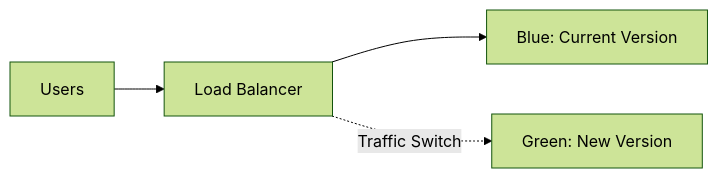
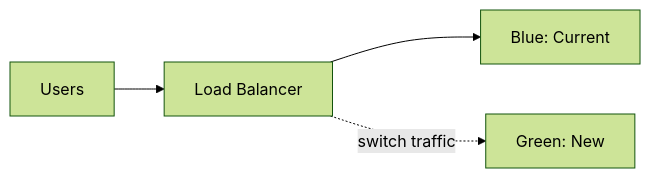
Before and after one commit to AvadhBhalodiya/Interview-Preparation: the sixth of 10 diagrams in src/content/devops/cicd-pipelines.md, drawn with Mermaid (forest theme). The commit also changed other lines of this file and 54 other files, not shown here.

````diff
--- a/src/content/devops/cicd-pipelines.md
+++ b/src/content/devops/cicd-pipelines.md
@@ -452,6 +440,6 @@
 ```mermaid
 flowchart LR
     U[Users] --> LB[Load Balancer]
-    LB --> B[Blue: Current Version]
-    LB -. Traffic Switch .-> G[Green: New Version]
+    LB --> B[Blue: Current]
+    LB -. switch traffic .-> G[Green: New]
 ```
````
